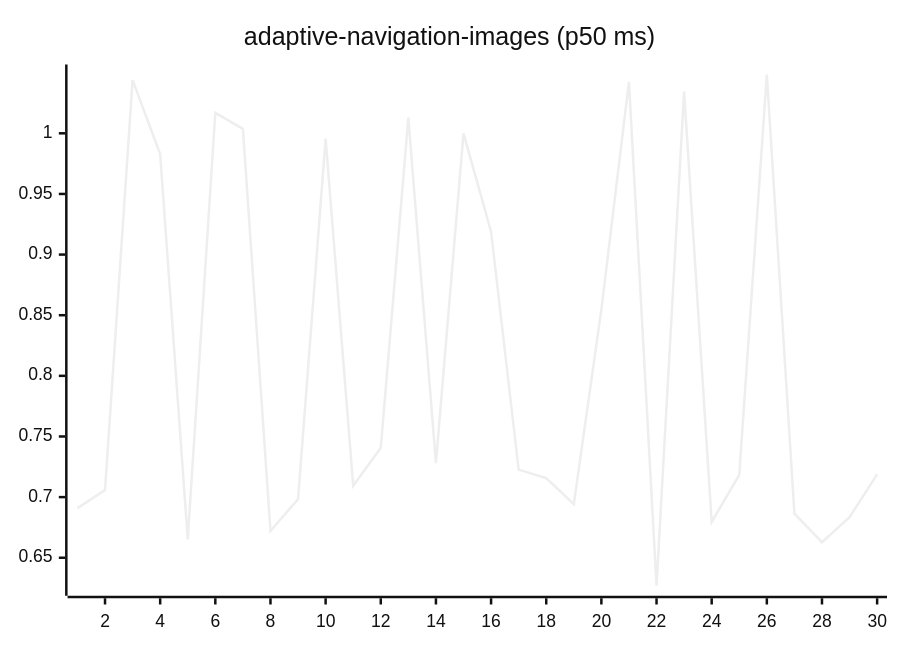
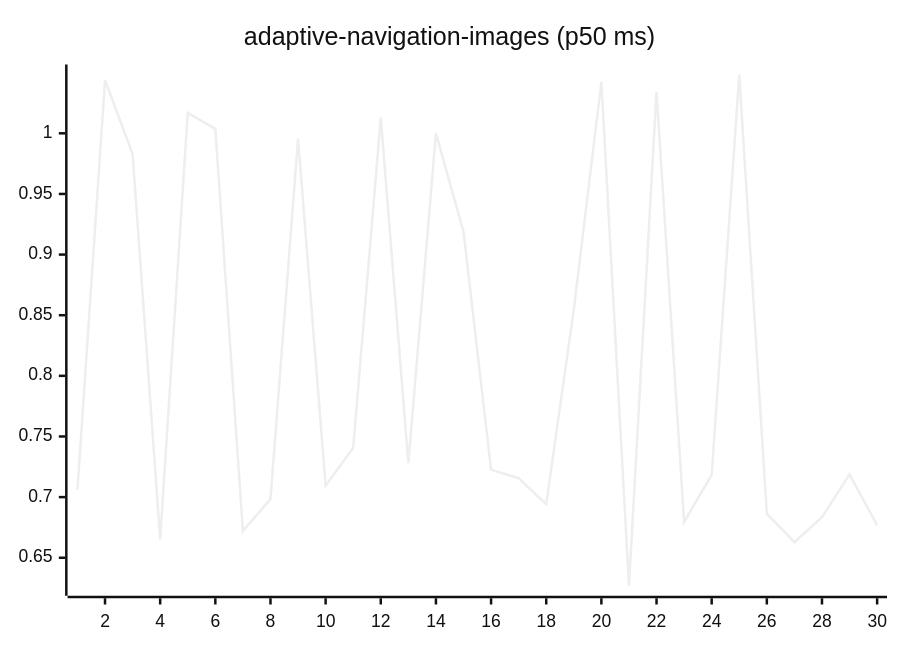
Before and after one commit to josha/Facet: the first of 27 diagrams in README.md, drawn with Mermaid (neutral theme). The commit also changed other lines of this file and 2 other files, not shown here.

````diff
--- a/README.md
+++ b/README.md
@@ -63,6 +63,6 @@
 ```mermaid
 xychart-beta
     title "adaptive-navigation-images (p50 ms)"
     x-axis 1 --> 30
-    line [0.6909, 0.7058, 1.0439, 0.9829, 0.6652, 1.0169, 1.0037, 0.6721, 0.6983, 0.9956, 0.7094, 0.7407, 1.0129, 0.7280, 1.0000, 0.9189, 0.7227, 0.7156, 0.6941, 0.8547, 1.0425, 0.6269, 1.0344, 0.6795, 0.7184, 1.0485, 0.6864, 0.6628, 0.6834, 0.7187]
+    line [0.7058, 1.0439, 0.9829, 0.6652, 1.0169, 1.0037, 0.6721, 0.6983, 0.9956, 0.7094, 0.7407, 1.0129, 0.7280, 1.0000, 0.9189, 0.7227, 0.7156, 0.6941, 0.8547, 1.0425, 0.6269, 1.0344, 0.6795, 0.7184, 1.0485, 0.6864, 0.6628, 0.6834, 0.7187, 0.6768]
 ```
````
